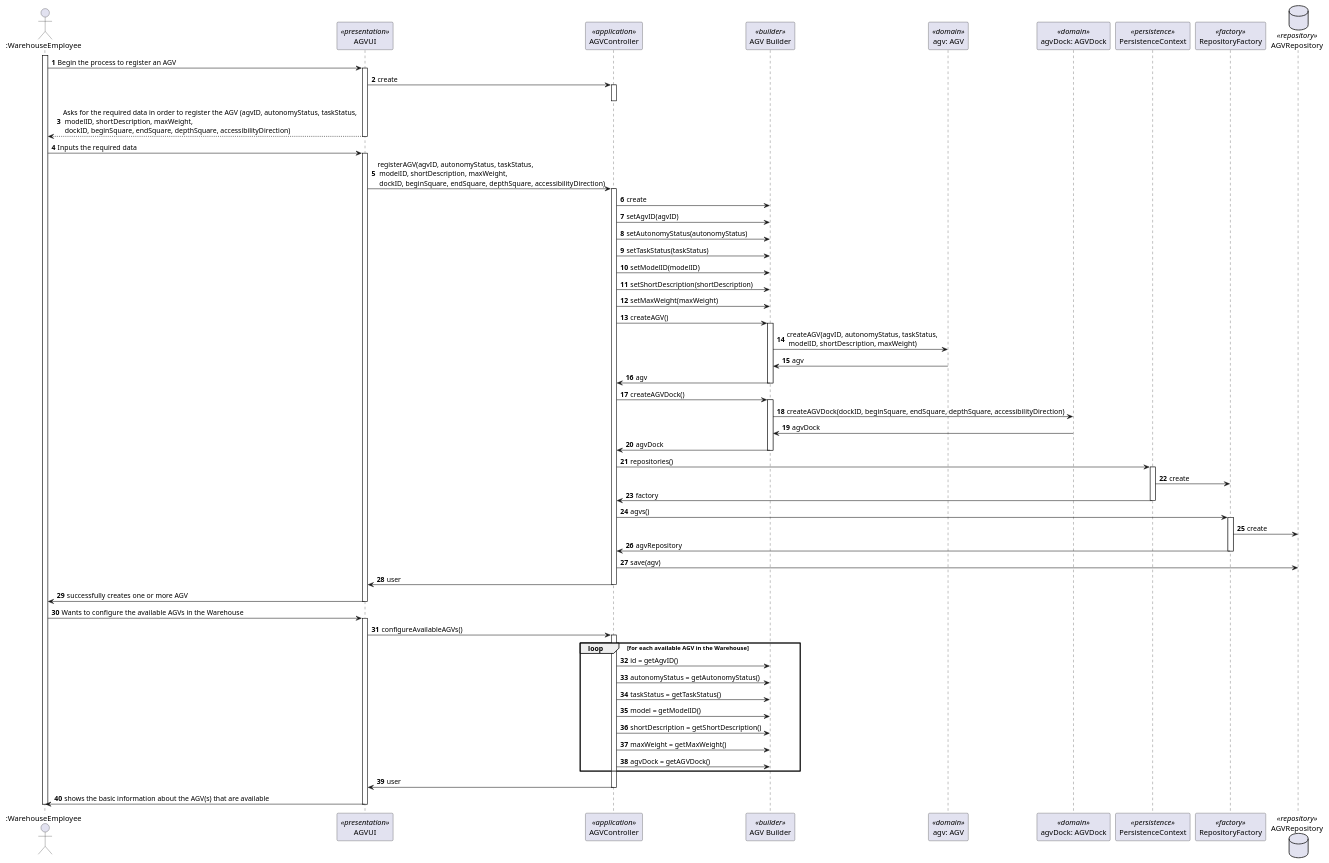
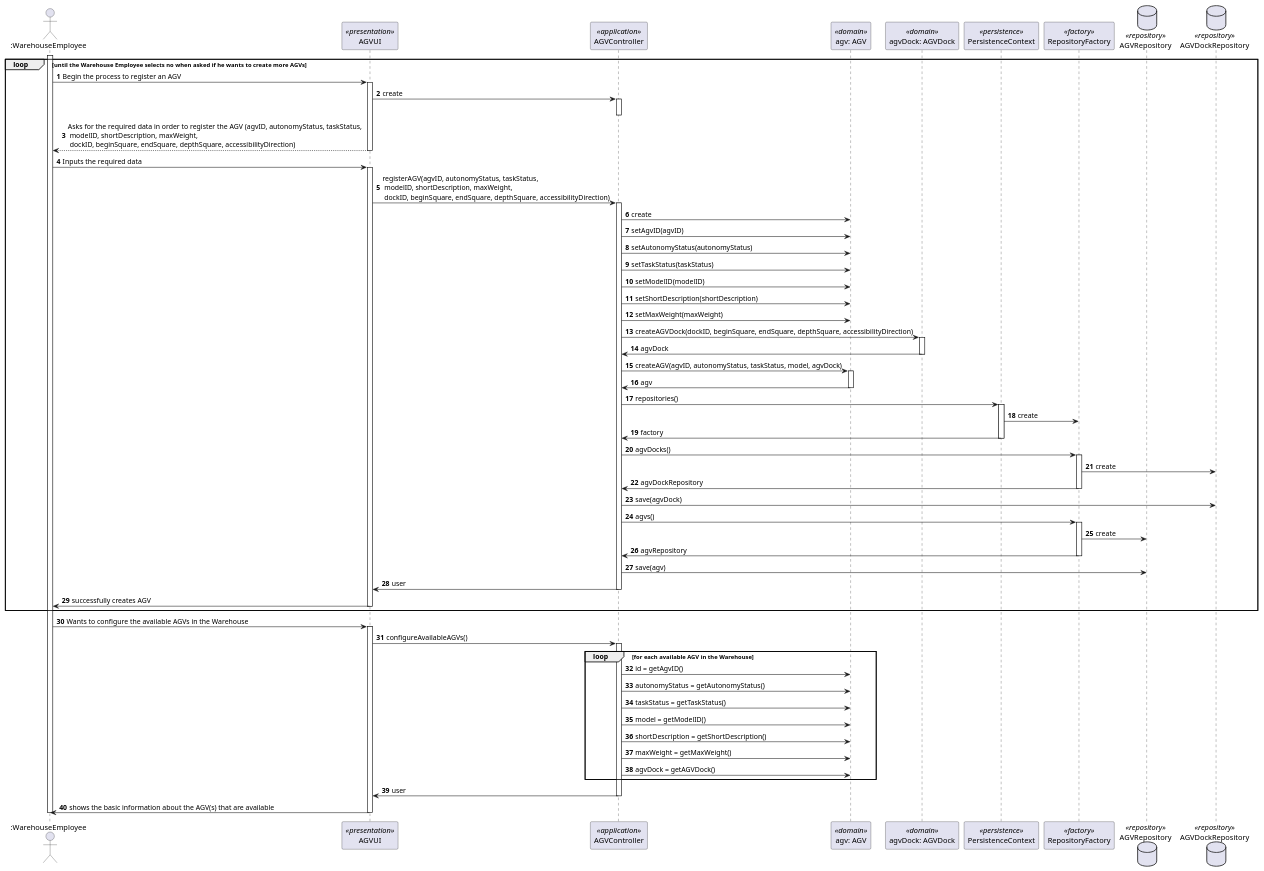
The diagram in docs/1201516/US2002/SD_Configure_Available_AGV.puml (ana-albergaria/LAPR4-ISEP), drawn with PlantUML before and after one commit. The commit also changed 3 other files, not shown here.

Commit message:
Issue #9 - Deleting the AGVBuilder class because it turned out to be useless. Updates on AGV class and controller because of the removal of the AGVBuilder class. Changes in the SD of this US.

```diff
--- a/docs/1201516/US2002/SD_Configure_Available_AGV.puml
+++ b/docs/1201516/US2002/SD_Configure_Available_AGV.puml
@@ -1,126 +1,135 @@
 @startuml
 'https://plantuml.com/sequence-diagram
 
 autonumber
 
 Actor ":WarehouseEmployee" as WE
 participant "AGVUI" as UI <<presentation>>
 participant "AGVController" as Controller <<application>>
-participant "AGV Builder" as Builder <<builder>>
 participant "agv: AGV" as AGV <<domain>>
 participant "agvDock: AGVDock" as Dock <<domain>>
 participant PersistenceContext as Persistence <<persistence>>
 participant RepositoryFactory as Factory <<factory>>
-database AGVRepository as Repository <<repository>>
+database AGVRepository as agvRepository <<repository>>
+database AGVDockRepository as agvDockRepository <<repository>>
 
 activate WE
+
+loop until the Warehouse Employee selects no when asked if he wants to create more AGVs
 
 WE -> UI: Begin the process to register an AGV
 
 activate UI
 
 UI -> Controller: create
 
 activate Controller
 deactivate Controller
 
 UI --> WE: Asks for the required data in order to register the AGV (agvID, autonomyStatus, taskStatus, \n modelID, shortDescription, maxWeight, \n dockID, beginSquare, endSquare, depthSquare, accessibilityDirection)
 
 deactivate UI
 
 WE -> UI: Inputs the required data
 
 activate UI
 
 UI -> Controller: registerAGV(agvID, autonomyStatus, taskStatus, \n modelID, shortDescription, maxWeight, \n dockID, beginSquare, endSquare, depthSquare, accessibilityDirection)
 
 activate Controller
 
-Controller -> Builder: create
-Controller -> Builder: setAgvID(agvID)
-Controller -> Builder: setAutonomyStatus(autonomyStatus)
-Controller -> Builder: setTaskStatus(taskStatus)
-Controller -> Builder: setModelID(modelID)
-Controller -> Builder: setShortDescription(shortDescription)
-Controller -> Builder: setMaxWeight(maxWeight)
-Controller -> Builder: createAGV()
+Controller -> AGV: create
+Controller -> AGV: setAgvID(agvID)
+Controller -> AGV: setAutonomyStatus(autonomyStatus)
+Controller -> AGV: setTaskStatus(taskStatus)
+Controller -> AGV: setModelID(modelID)
+Controller -> AGV: setShortDescription(shortDescription)
+Controller -> AGV: setMaxWeight(maxWeight)
 
-activate Builder
+Controller -> Dock: createAGVDock(dockID, beginSquare, endSquare, depthSquare, accessibilityDirection)
+activate Dock
 
-Builder -> AGV: createAGV(agvID, autonomyStatus, taskStatus, \n modelID, shortDescription, maxWeight)
-AGV -> Builder: agv
+Dock -> Controller: agvDock
 
-Builder -> Controller: agv
+deactivate Dock
 
-deactivate Builder
+Controller -> AGV: createAGV(agvID, autonomyStatus, taskStatus, model, agvDock)
 
-Controller -> Builder: createAGVDock()
+activate AGV
 
-activate Builder
+AGV -> Controller: agv
 
-Builder -> Dock: createAGVDock(dockID, beginSquare, endSquare, depthSquare, accessibilityDirection)
-Dock -> Builder: agvDock
-
-Builder -> Controller: agvDock
-
-deactivate Builder
+deactivate AGV
 
 Controller -> Persistence: repositories()
 
 activate Persistence
 
 Persistence -> Factory: create
 Persistence -> Controller: factory
 
 deactivate Persistence
 
+Controller -> Factory: agvDocks()
+
+activate Factory
+
+Factory -> agvDockRepository: create
+Factory -> Controller: agvDockRepository
+
+deactivate Factory
+
+Controller -> agvDockRepository: save(agvDock)
+
 Controller -> Factory: agvs()
 
 activate Factory
 
-Factory -> Repository: create
+Factory -> agvRepository: create
 Factory -> Controller: agvRepository
 
 deactivate Factory
 
-Controller -> Repository: save(agv)
+Controller -> agvRepository: save(agv)
 
 Controller -> UI: user
 
 deactivate Controller
 
-UI -> WE: successfully creates one or more AGV
+UI -> WE: successfully creates AGV
 
 deactivate UI
+
+end
 
 WE -> UI: Wants to configure the available AGVs in the Warehouse
 
 activate UI
 
 UI -> Controller: configureAvailableAGVs()
 
 activate Controller
 
 loop for each available AGV in the Warehouse
 
-Controller -> Builder: id = getAgvID()
-Controller -> Builder: autonomyStatus = getAutonomyStatus()
-Controller -> Builder: taskStatus = getTaskStatus()
-Controller -> Builder: model = getModelID()
-Controller -> Builder: shortDescription = getShortDescription()
-Controller -> Builder: maxWeight = getMaxWeight()
-Controller -> Builder: agvDock = getAGVDock()
+Controller -> AGV: id = getAgvID()
+Controller -> AGV: autonomyStatus = getAutonomyStatus()
+Controller -> AGV: taskStatus = getTaskStatus()
+Controller -> AGV: model = getModelID()
+Controller -> AGV: shortDescription = getShortDescription()
+Controller -> AGV: maxWeight = getMaxWeight()
+Controller -> AGV: agvDock = getAGVDock()
 
 end
 
 Controller -> UI: user
 
 deactivate Controller
 
 UI -> WE: shows the basic information about the AGV(s) that are available
 
 deactivate UI
 
 deactivate WE
 
 @enduml
```
